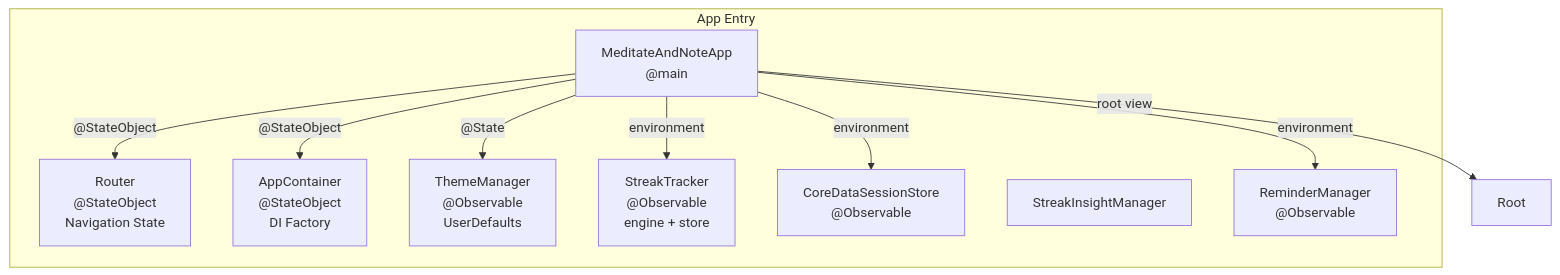
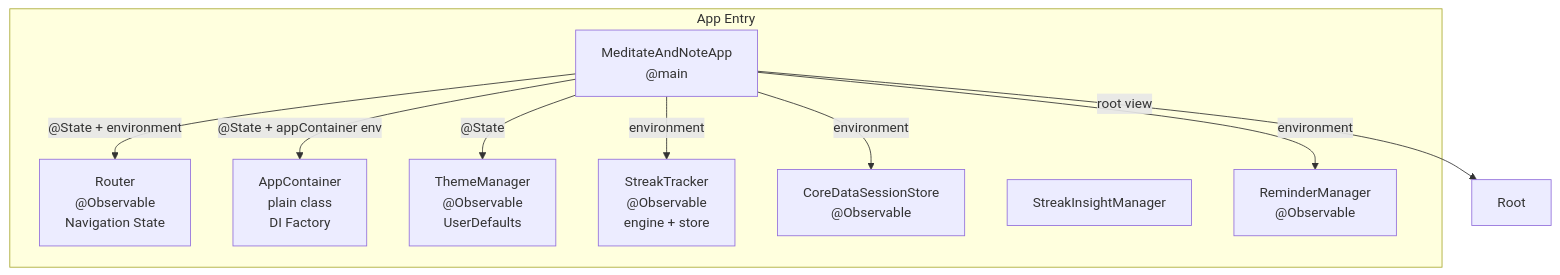
One commit to kwazzar/MeditateAndNote changed the first of 8 diagrams in ARCHITECTURE.md. Above: the diagram before and after it, drawn with Mermaid. The commit also changed other lines of this file and 16 other files, not shown here.

First line of the commit message:
refactor: migrate state injection from @EnvironmentObject to @Environment (@Observable)

````diff
--- a/ARCHITECTURE.md
+++ b/ARCHITECTURE.md
@@ -34,21 +34,21 @@
 ```mermaid
 graph TB
     subgraph Entry["App Entry"]
         App["MeditateAndNoteApp<br/>@main"]
-        Router["Router<br/>@StateObject<br/>Navigation State"]
-        Container["AppContainer<br/>@StateObject<br/>DI Factory"]
+        Router["Router<br/>@Observable<br/>Navigation State"]
+        Container["AppContainer<br/>plain class<br/>DI Factory"]
         Theme["ThemeManager<br/>@Observable<br/>UserDefaults"]
         Streak["StreakTracker<br/>@Observable<br/>engine + store"]
         SessionStore["CoreDataSessionStore<br/>@Observable"]
         Insights["StreakInsightManager"]
         Reminders["ReminderManager<br/>@Observable"]
     end
 
-    App -->|"@StateObject"| Router
-    App -->|"@StateObject"| Container
+    App -->|"@State + environment"| Router
+    App -->|"@State + appContainer env"| Container
     App -->|"@State"| Theme
     App -->|"environment"| Streak
     App -->|"environment"| SessionStore
     App -->|"environment"| Reminders
     App -->|"root view"| Root
 ```
````
